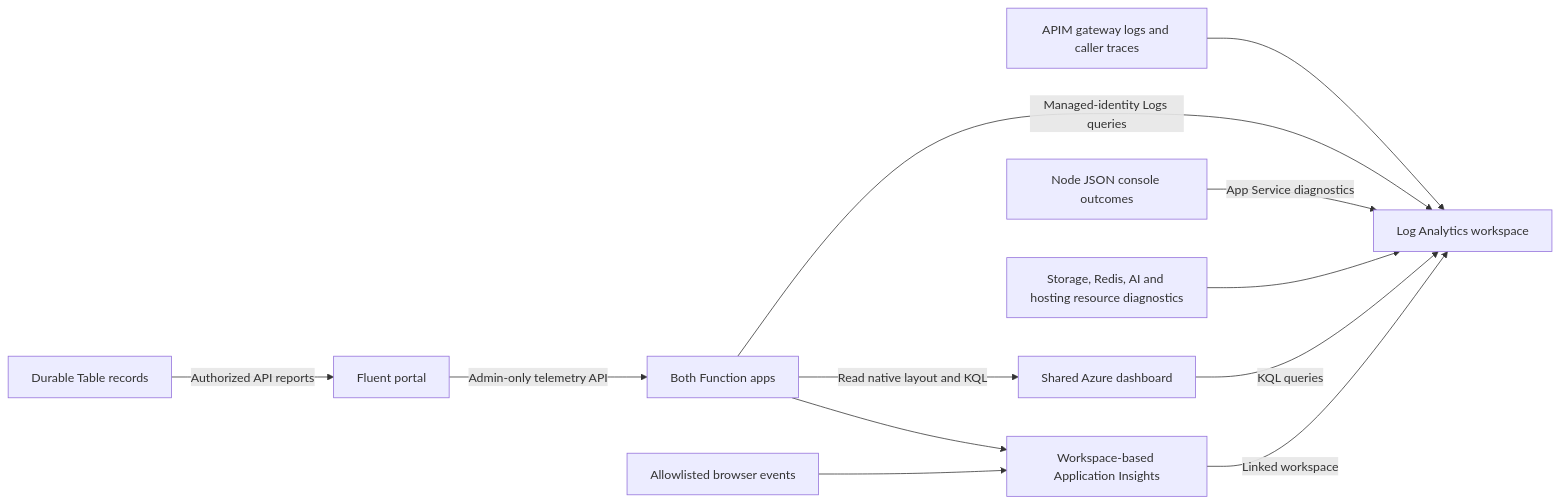
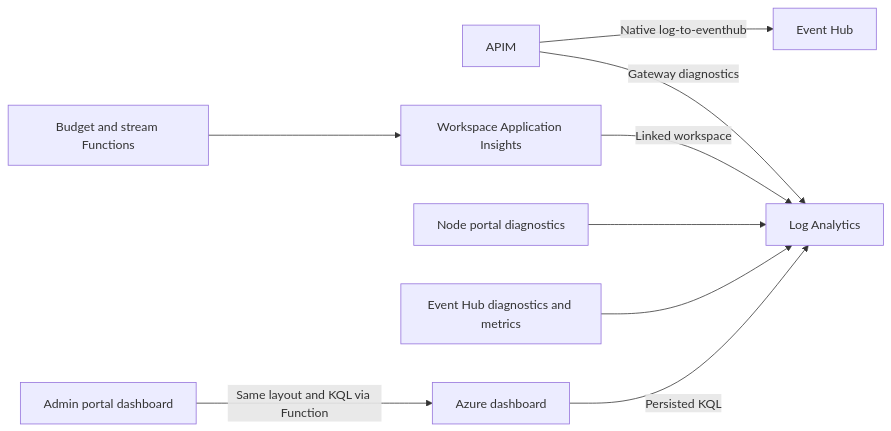
The diagram in docs/observability.md (jordanbean-msft/apim-rate-limit-foundry), drawn with Mermaid before and after one commit. The commit also changed other lines of this file and 31 other files, not shown here.

````diff
--- a/docs/observability.md
+++ b/docs/observability.md
@@ -9,14 +8,11 @@
 ```mermaid
 flowchart LR
-    APIM["APIM gateway logs and caller traces"] --> W["Log Analytics workspace"]
-    F["Both Function apps"] --> I["Workspace-based Application Insights"]
-    B["Allowlisted browser events"] --> I
+    A[APIM] -->|Native log-to-eventhub| E[Event Hub]
+    A -->|Gateway diagnostics| W[Log Analytics]
+    F[Budget and stream Functions] --> I[Workspace Application Insights]
     I -->|Linked workspace| W
-    N["Node JSON console outcomes"] -->|App Service diagnostics| W
-    R["Storage, Redis, AI and hosting resource diagnostics"] --> W
-    D["Shared Azure dashboard"] -->|KQL queries| W
-    P["Fluent portal"] -->|Admin-only telemetry API| F
-    F -->|Read native layout and KQL| D
-    F -->|Managed-identity Logs queries| W
-    T["Durable Table records"] -->|Authorized API reports| P
+    N[Node portal diagnostics] --> W
+    H[Event Hub diagnostics and metrics] --> W
+    D[Azure dashboard] -->|Persisted KQL| W
+    P[Admin portal dashboard] -->|Same layout and KQL via Function| D
 ```
````
